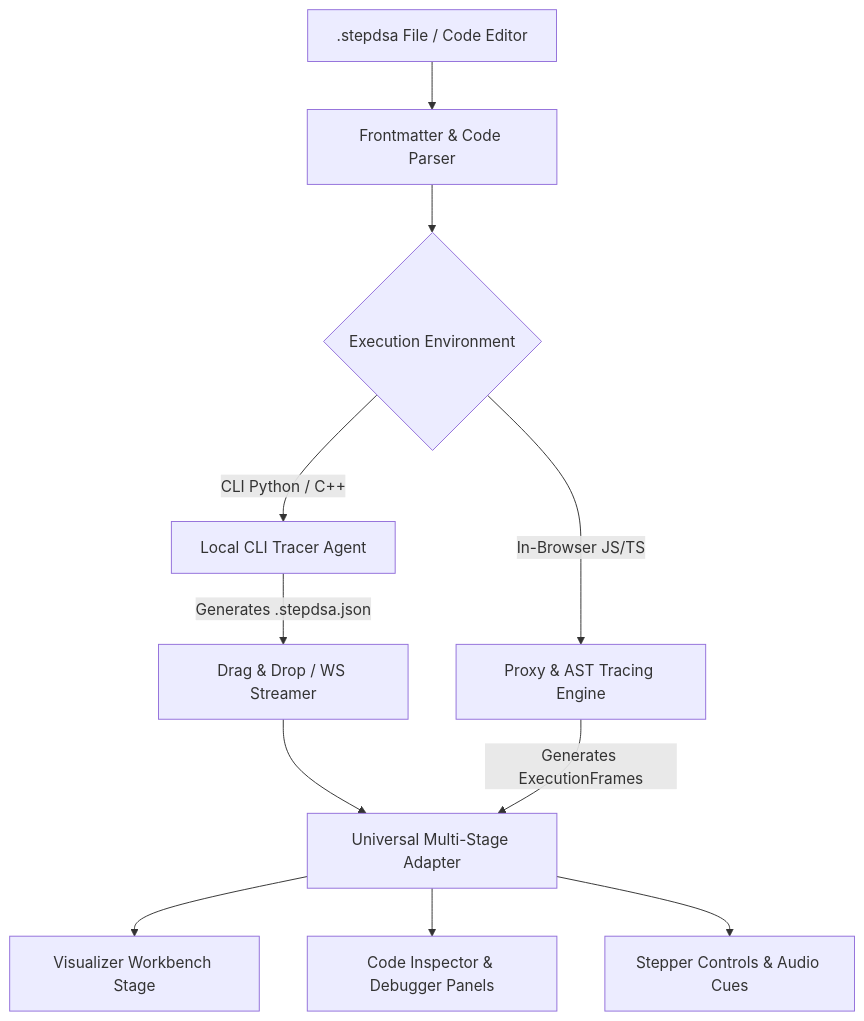
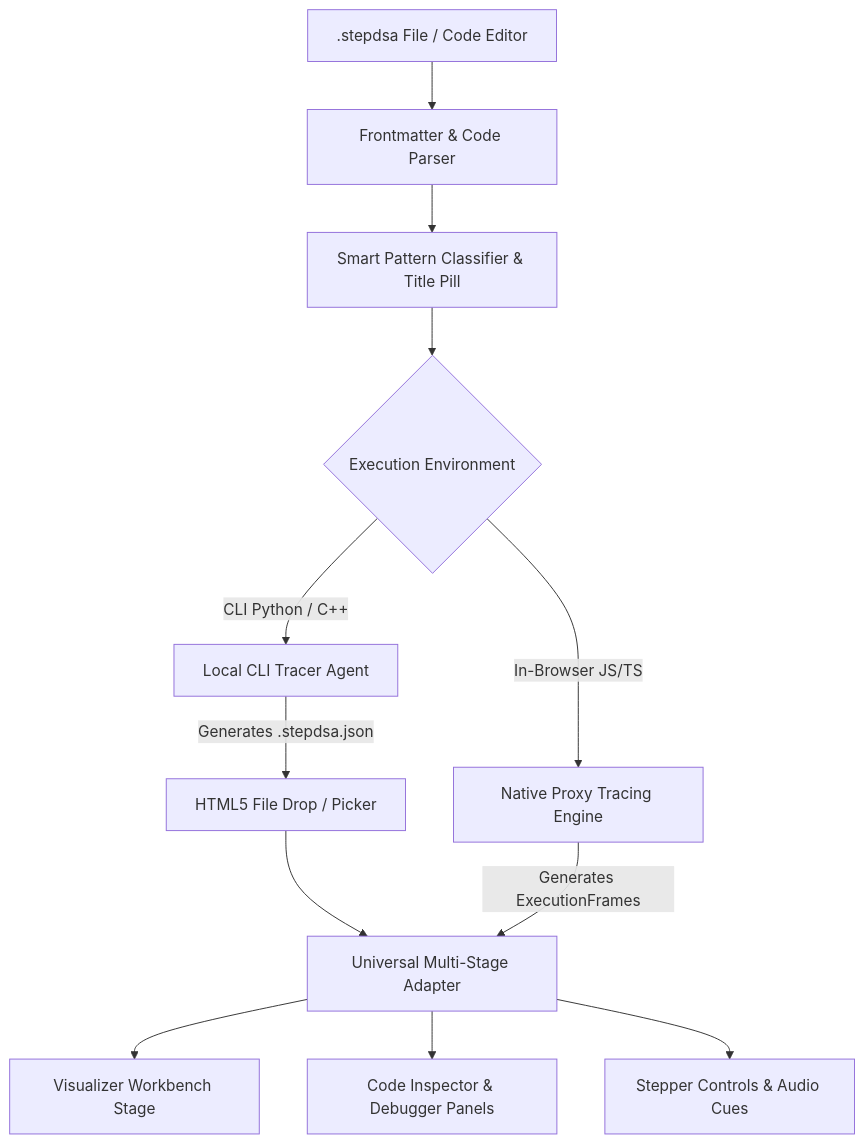
The diagram in docs/specs/2026-10-01-personal-code-studio-design.md (ThanhNguyxnOrg/StepDSA), drawn with Mermaid before and after one commit. The commit also changed other lines of this file, not shown here.

Commit message:
docs(spec): add smart pattern classifier, title pill, and auto-testcase for competitive code

````diff
--- a/docs/specs/2026-10-01-personal-code-studio-design.md
+++ b/docs/specs/2026-10-01-personal-code-studio-design.md
@@ -80,16 +80,17 @@
 ```mermaid
 graph TD
     A[".stepdsa File / Code Editor"] --> B[Frontmatter & Code Parser]
-    B --> C{Execution Environment}
+    B --> P[Smart Pattern Classifier & Title Pill]
+    P --> C{Execution Environment}
     
-    C -->|In-Browser JS/TS| D[Proxy & AST Tracing Engine]
+    C -->|In-Browser JS/TS| D[Native Proxy Tracing Engine]
     C -->|CLI Python / C++| E[Local CLI Tracer Agent]
     
-    E -->|Generates .stepdsa.json| F[Drag & Drop / WS Streamer]
+    E -->|Generates .stepdsa.json| F[HTML5 File Drop / Picker]
     F --> G[Universal Multi-Stage Adapter]
     D -->|Generates ExecutionFrames| G
     
     G --> H[Visualizer Workbench Stage]
     G --> I[Code Inspector & Debugger Panels]
     G --> J[Stepper Controls & Audio Cues]
 ```
````
